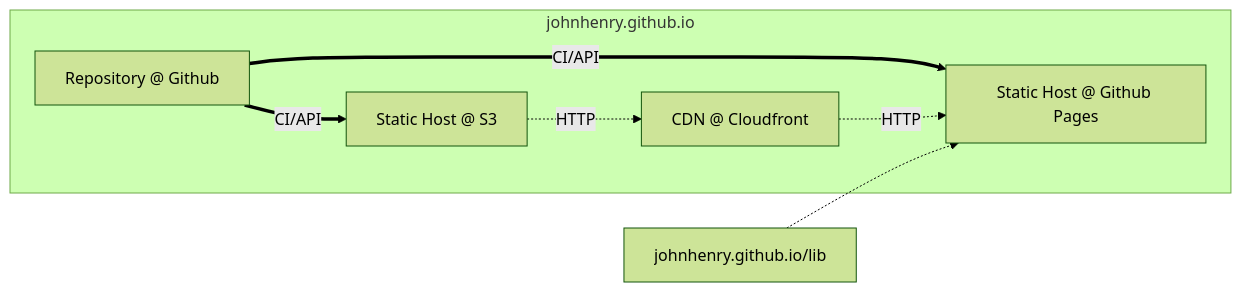
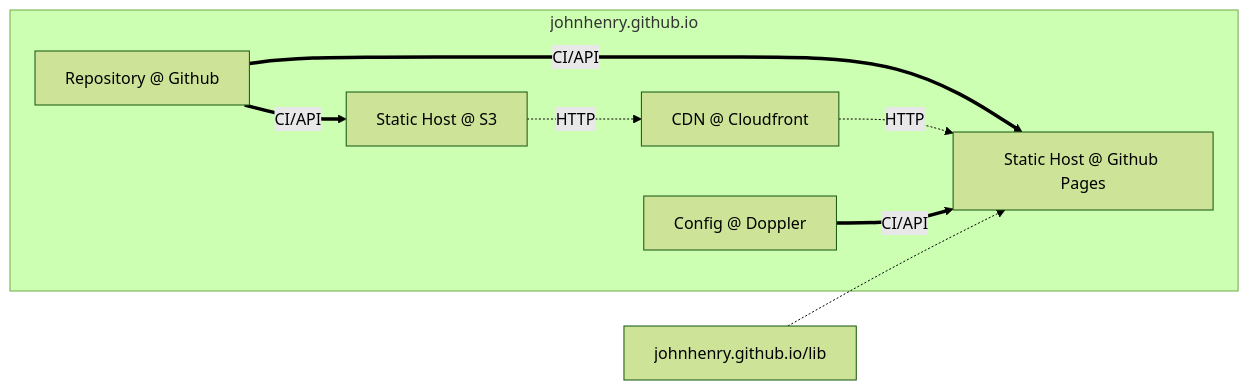
The first of 3 diagrams in docs/architecture.deployment.md (johnhenry/johnhenry.github.io), drawn with Mermaid (forest theme) before and after one commit. The commit also changed other lines of this file, not shown here.

Commit message:
Add config@doppler to architecture diagram

````diff
--- a/docs/architecture.deployment.md
+++ b/docs/architecture.deployment.md
@@ -11,11 +11,12 @@
 ```mermaid
 graph LR
   subgraph "johnhenry.github.io"
     A["Repository @ Github"]==CI/API==>B["Static Host @ S3"];
     A==CI/API==>C["Static Host @ Github Pages"];
     B-.HTTP.->D["CDN @ Cloudfront"];
     D-.HTTP.->C;
+    G["Config @ Doppler"]==CI/API==>C;
   end
   F["johnhenry.github.io/lib"]
   F-.->C
 ```
````
